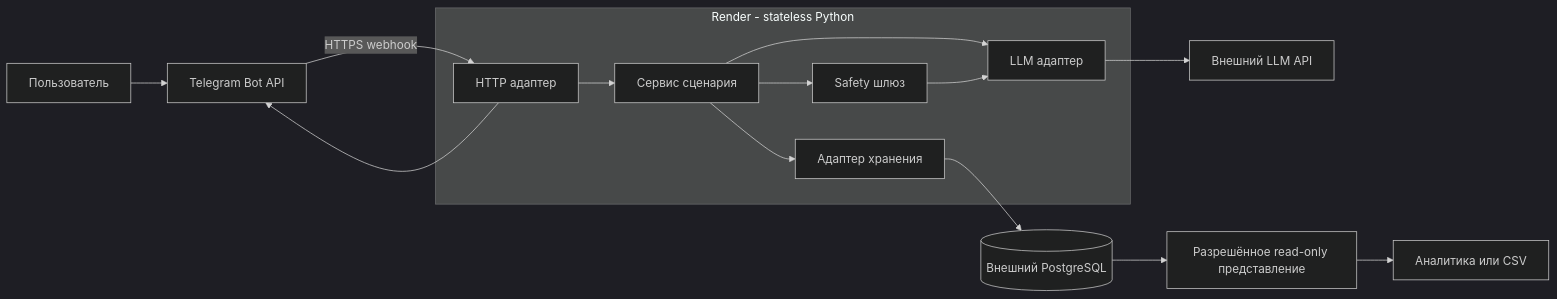
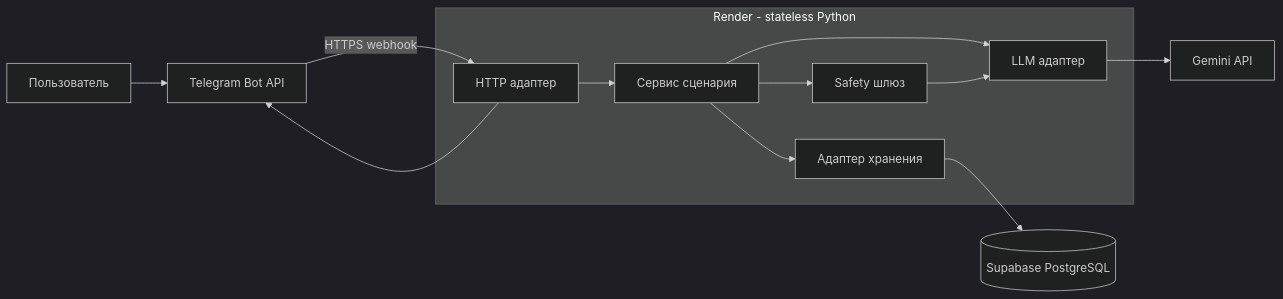
One commit to uralmetal/cbt-therapy-assistent changed the first of 3 diagrams in docs/architecture/architecture-overview.md. Above: the diagram before and after it, drawn with Mermaid (dark theme). The commit also changed other lines of this file and 11 other files, not shown here.

Commit message:
docs(architecture): record customer decisions and scope Gemini demo

````diff
--- a/docs/architecture/architecture-overview.md
+++ b/docs/architecture/architecture-overview.md
@@ -11,17 +11,15 @@
 ```mermaid
 flowchart LR
   U[Пользователь] --> T[Telegram Bot API]
   T -->|HTTPS webhook| W
   subgraph P[Render - stateless Python]
     W[HTTP адаптер] --> S[Сервис сценария]
     S --> G[Safety шлюз]
     S --> L[LLM адаптер]
     G --> L
     S --> R[Адаптер хранения]
   end
-  R --> D[(Внешний PostgreSQL)]
-  L --> E[Внешний LLM API]
-  D --> V[Разрешённое read-only представление]
-  V --> A[Аналитика или CSV]
+  R --> D[(Supabase PostgreSQL)]
+  L --> E[Gemini API]
   W --> T
 ```
````
